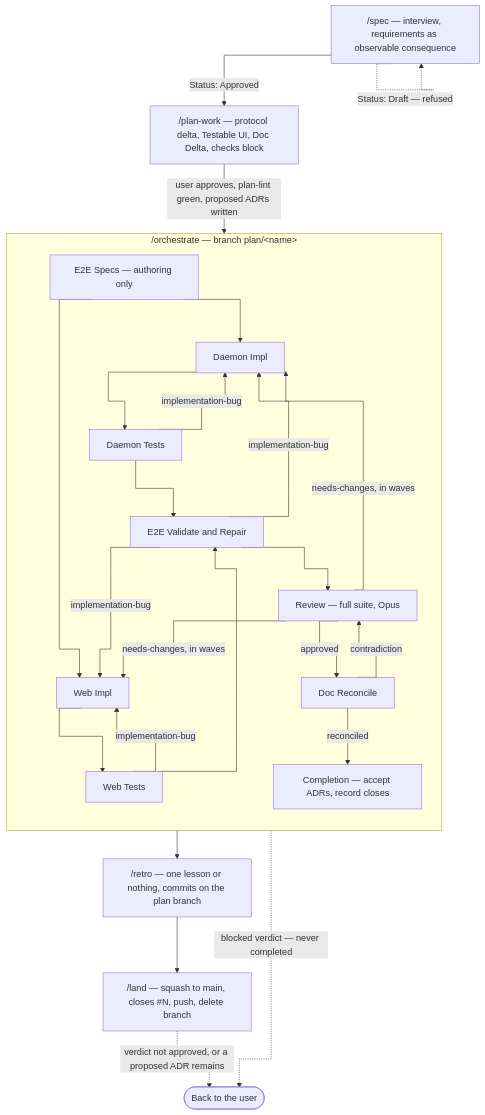
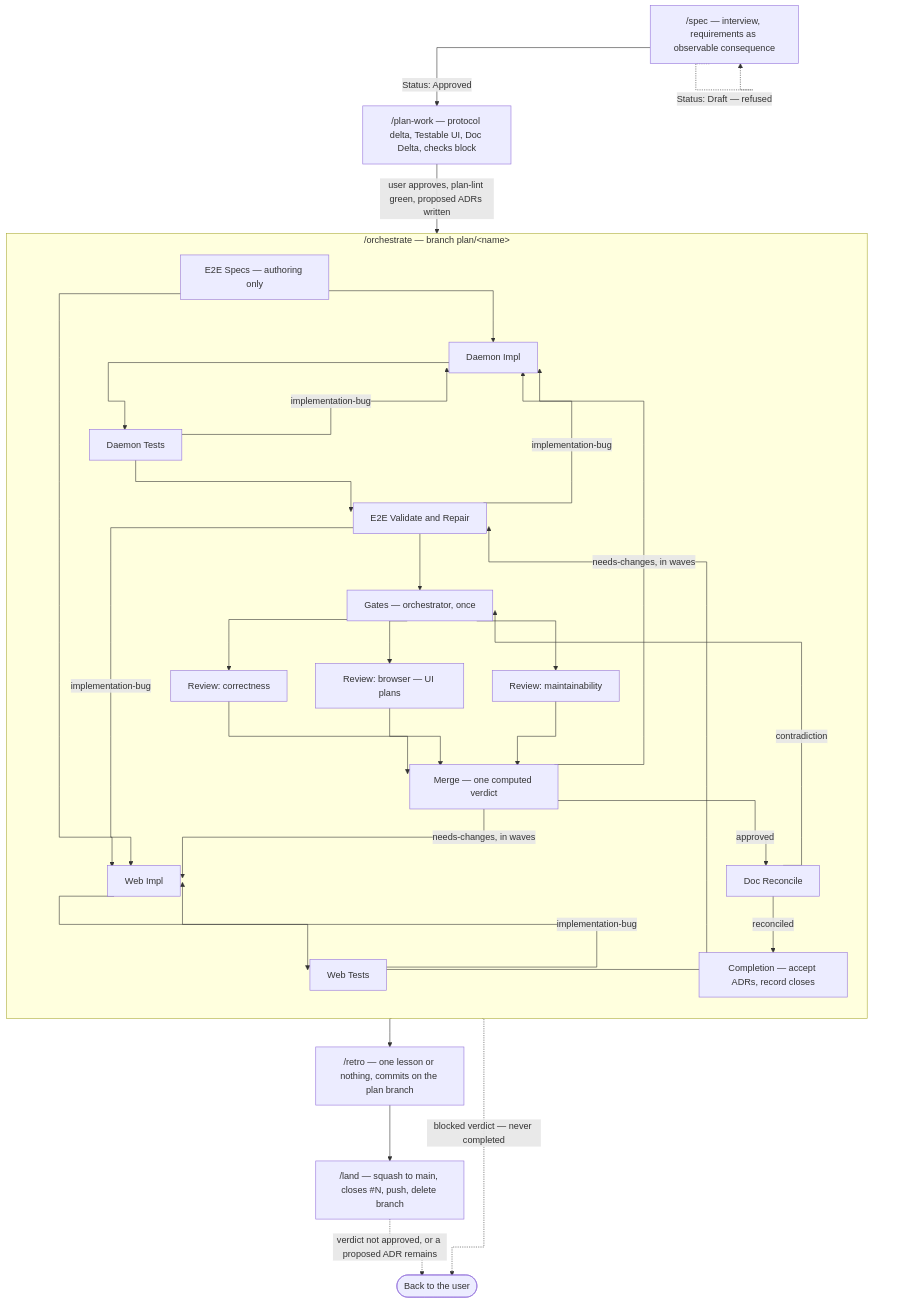
One commit to Zalaras/muster changed the diagram in docs/diagrams/pipeline-execution-order.md. Above: the diagram before and after it, drawn with Mermaid. The commit also changed other lines of this file and 15 other files, not shown here.

````diff
--- a/docs/diagrams/pipeline-execution-order.md
+++ b/docs/diagrams/pipeline-execution-order.md
@@ -31,32 +35,38 @@
 ```mermaid
 %%{init: {"layout": "dagre", "flowchart": {"curve": "stepAfter"}}}%%
 flowchart TD
     SPEC["/spec — interview, requirements as observable consequence"] -->|Status: Approved| PW["/plan-work — protocol delta, Testable UI, Doc Delta, checks block"]
     SPEC -.->|Status: Draft — refused| SPEC
     PW -->|user approves, plan-lint green, proposed ADRs written| ORCH
 
     subgraph ORCH["/orchestrate — branch plan/&lt;name&gt;"]
         direction TB
         S[E2E Specs — authoring only] --> DI[Daemon Impl]
         S --> WI[Web Impl]
         DI --> DT[Daemon Tests]
         WI --> WT[Web Tests]
         DT -->|implementation-bug| DI
         WT -->|implementation-bug| WI
         DT --> V[E2E Validate and Repair]
         WT --> V
         V -->|implementation-bug| DI
         V -->|implementation-bug| WI
-        V --> R[Review — full suite, Opus]
-        R -->|needs-changes, in waves| DI
-        R -->|needs-changes, in waves| WI
-        R -->|approved| DR[Doc Reconcile]
-        DR -->|contradiction| R
+        V --> G[Gates — orchestrator, once]
+        G --> RC[Review: correctness]
+        G --> RB[Review: browser — UI plans]
+        G --> RM[Review: maintainability]
+        RC --> M[Merge — one computed verdict]
+        RB --> M
+        RM --> M
+        M -->|needs-changes, in waves| DI
+        M -->|needs-changes, in waves| WI
+        M -->|approved| DR[Doc Reconcile]
+        DR -->|contradiction| G
         DR -->|reconciled| C[Completion — accept ADRs, record closes]
     end
 
     ORCH --> RETRO["/retro — one lesson or nothing, commits on the plan branch"]
     RETRO --> LAND["/land — squash to main, closes #N, push, delete branch"]
     ORCH -.->|blocked verdict — never completed| USER([Back to the user])
     LAND -.->|verdict not approved, or a proposed ADR remains| USER
 ```
````
